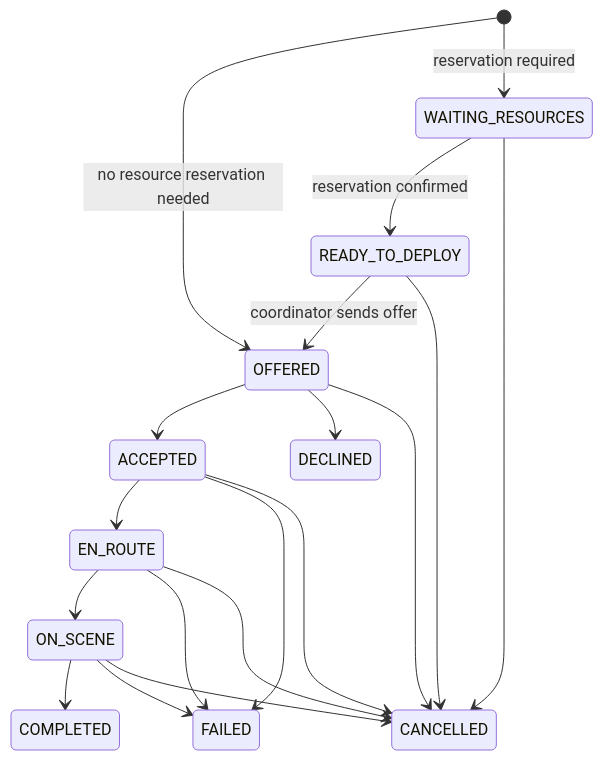
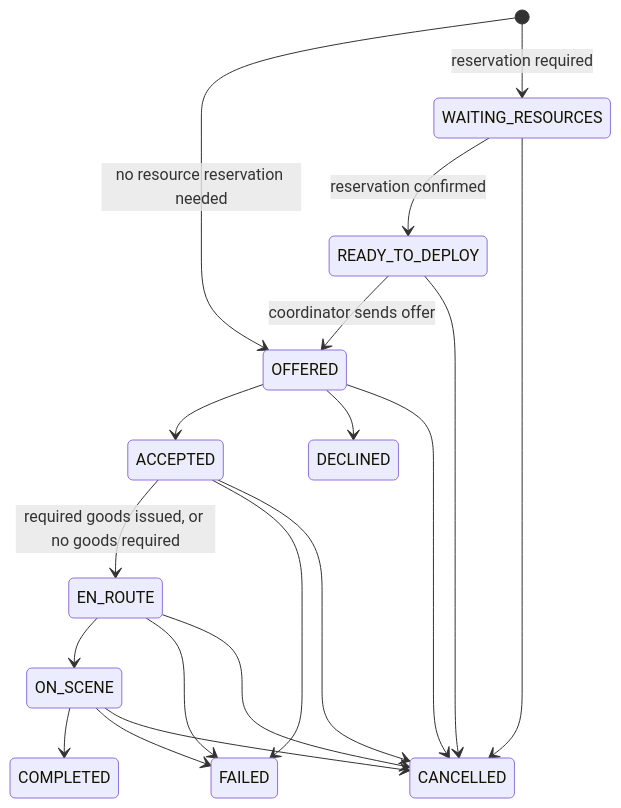
Before and after one commit to sangvirgo/disaster-relief-management: the fourth of 5 diagrams in docs/c48-technology-and-delivery-plan.md, drawn with Mermaid. The commit also changed other lines of this file and 2 other files, not shown here.

````diff
--- a/docs/c48-technology-and-delivery-plan.md
+++ b/docs/c48-technology-and-delivery-plan.md
@@ -481,21 +489,21 @@
 ```mermaid
 stateDiagram-v2
   [*] --> OFFERED: no resource reservation needed
   [*] --> WAITING_RESOURCES: reservation required
   WAITING_RESOURCES --> READY_TO_DEPLOY: reservation confirmed
   READY_TO_DEPLOY --> OFFERED: coordinator sends offer
   WAITING_RESOURCES --> CANCELLED
   READY_TO_DEPLOY --> CANCELLED
   OFFERED --> ACCEPTED
   OFFERED --> DECLINED
-  ACCEPTED --> EN_ROUTE
+  ACCEPTED --> EN_ROUTE: required goods issued, or no goods required
   EN_ROUTE --> ON_SCENE
   ON_SCENE --> COMPLETED
   ACCEPTED --> FAILED
   EN_ROUTE --> FAILED
   ON_SCENE --> FAILED
   OFFERED --> CANCELLED
   ACCEPTED --> CANCELLED
   EN_ROUTE --> CANCELLED
   ON_SCENE --> CANCELLED
 ```
````
